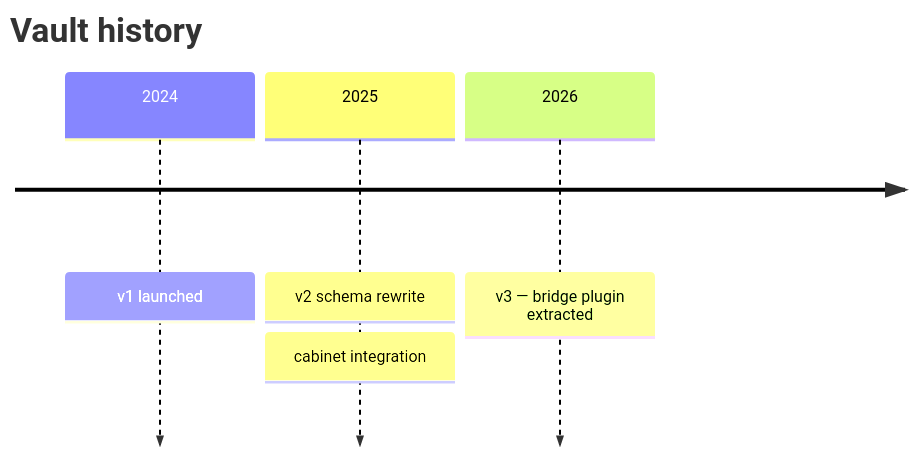
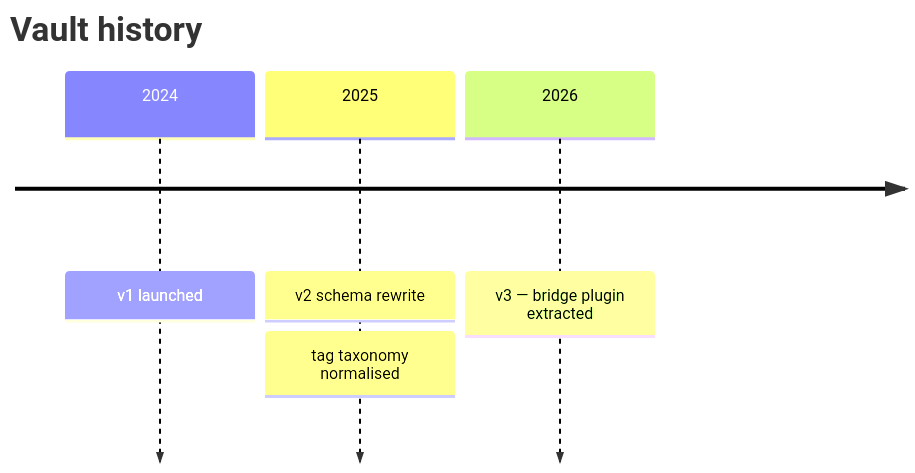
The ninth of 14 diagrams in obsidian-bridge/skills/mermaid/SKILL.md (TomVDH/Cloode-Marketplace), drawn with Mermaid before and after one commit. The commit also changed 7 other files, not shown here.

````diff
--- a/obsidian-bridge/skills/mermaid/SKILL.md
+++ b/obsidian-bridge/skills/mermaid/SKILL.md
@@ -166,8 +166,8 @@
 ```mermaid
 timeline
   title Vault history
   2024 : v1 launched
   2025 : v2 schema rewrite
-       : cabinet integration
+       : tag taxonomy normalised
   2026 : v3 — bridge plugin extracted
 ```
````
